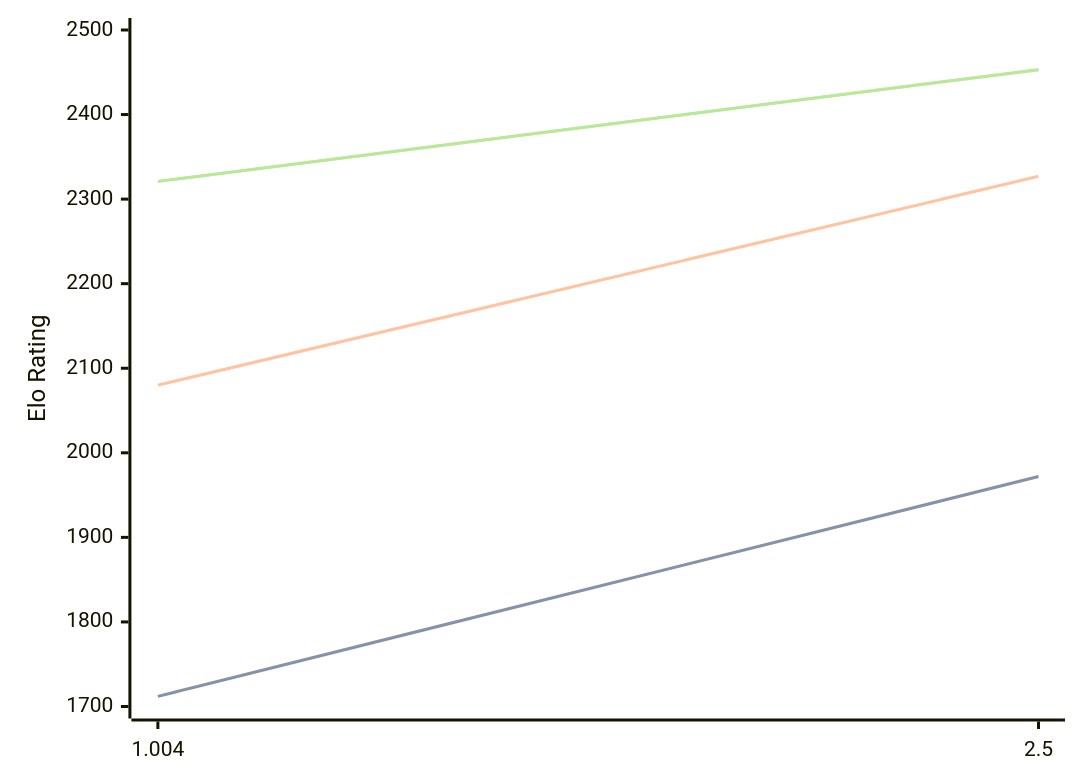
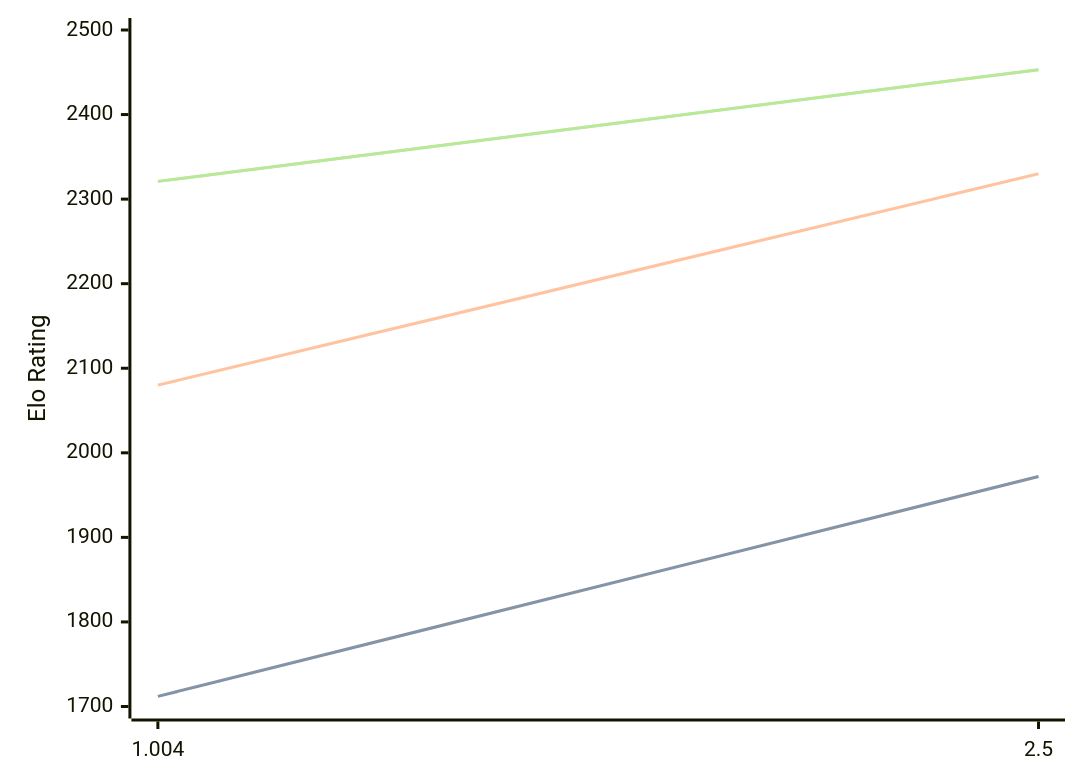
One commit to computer-chess-index/cci changed the diagram in engines/Ares.md. Above: the diagram before and after it, drawn with Mermaid. The commit also changed other lines of this file, not shown here.

````diff
--- a/engines/Ares.md
+++ b/engines/Ares.md
@@ -32,11 +32,11 @@
 ```mermaid
 %%{init: {"theme":"base","themeVariables":{"seriesColors:['#a3a3a3','#222221','#faa371']}}}%%
 xychart-beta
   x-axis ["1.004", "2.5"]
   y-axis "Elo Rating" 1700 --> 2500
   line "" [1712, 1972]
   line "STC (8.0+0.08s)" [1712, 1972]
-  line "LTC (60.0+0.60s)" [2080, 2327]
+  line "LTC (60.0+0.60s)" [2080, 2330]
   line "" [2321, 2453]
   line "VLTC (2m24s+1.12s)" [2321, 2453]
 ```
````
